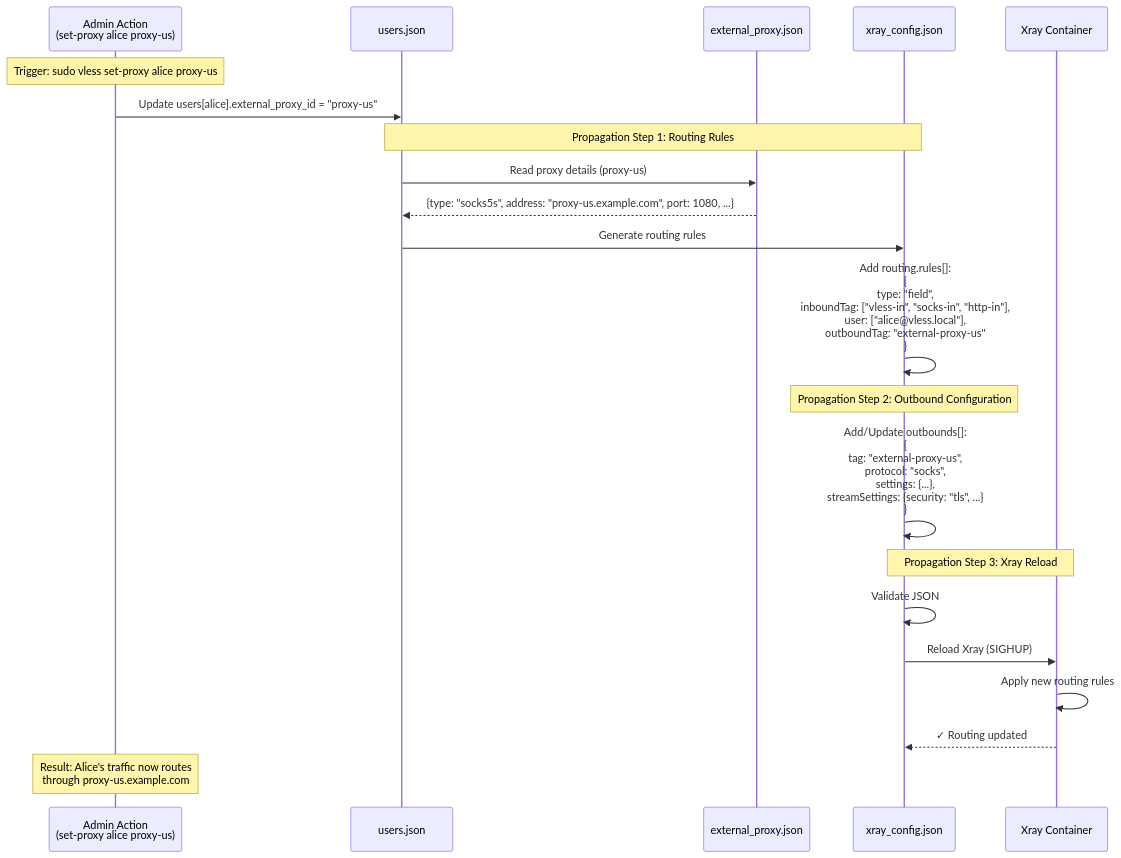
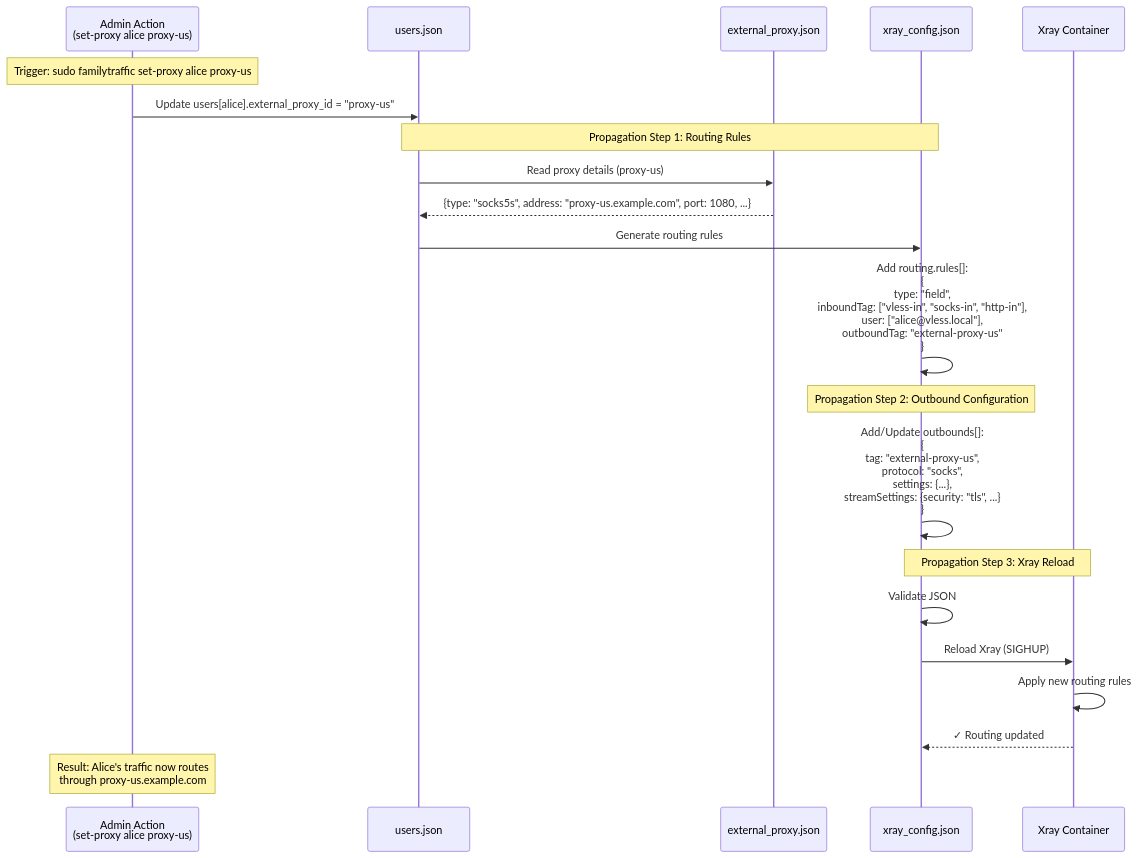
One commit to ikeniborn/vless changed the second of 8 diagrams in docs/architecture/diagrams/sequences/config-update.md. Above: the diagram before and after it, drawn with Mermaid. The commit also changed other lines of this file and 66 other files, not shown here.

First line of the commit message:
refactor(rename): replace old project name 'vless' with 'familytraffic'

````diff
--- a/docs/architecture/diagrams/sequences/config-update.md
+++ b/docs/architecture/diagrams/sequences/config-update.md
@@ -59,33 +59,33 @@
 ```mermaid
 sequenceDiagram
     participant UserAction as Admin Action<br/>(set-proxy alice proxy-us)
     participant UsersDB as users.json
     participant ProxyDB as external_proxy.json
     participant XrayConfig as xray_config.json
     participant Xray as Xray Container
 
-    Note over UserAction: Trigger: sudo vless set-proxy alice proxy-us
+    Note over UserAction: Trigger: sudo familytraffic set-proxy alice proxy-us
 
     UserAction->>UsersDB: Update users[alice].external_proxy_id = "proxy-us"
 
     Note over UsersDB,XrayConfig: Propagation Step 1: Routing Rules
 
     UsersDB->>ProxyDB: Read proxy details (proxy-us)
     ProxyDB-->>UsersDB: {type: "socks5s", address: "proxy-us.example.com", port: 1080, ...}
 
     UsersDB->>XrayConfig: Generate routing rules
     XrayConfig->>XrayConfig: Add routing.rules[]:<br/>{<br/> type: "field",<br/> inboundTag: ["vless-in", "socks-in", "http-in"],<br/> user: ["alice@vless.local"],<br/> outboundTag: "external-proxy-us"<br/>}
 
     Note over XrayConfig: Propagation Step 2: Outbound Configuration
 
     XrayConfig->>XrayConfig: Add/Update outbounds[]:<br/>{<br/> tag: "external-proxy-us",<br/> protocol: "socks",<br/> settings: {...},<br/> streamSettings: {security: "tls", ...}<br/>}
 
     Note over XrayConfig,Xray: Propagation Step 3: Xray Reload
 
     XrayConfig->>XrayConfig: Validate JSON
     XrayConfig->>Xray: Reload Xray (SIGHUP)
     Xray->>Xray: Apply new routing rules
     Xray-->>XrayConfig: ✓ Routing updated
 
     Note over UserAction: Result: Alice's traffic now routes<br/>through proxy-us.example.com
 ```
````
